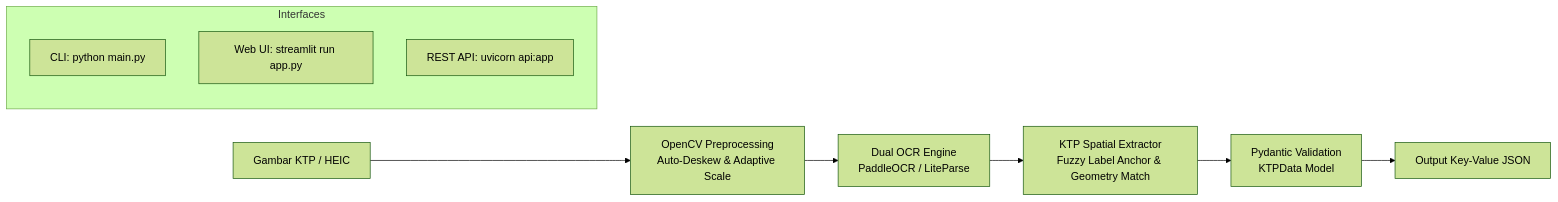
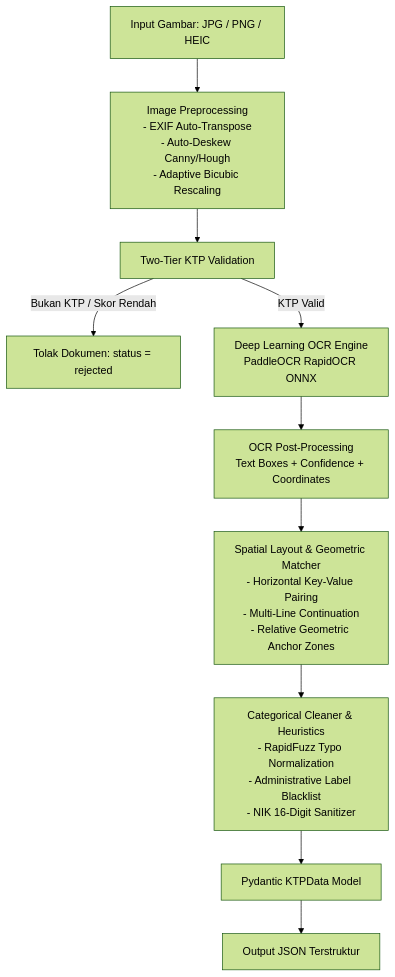
Before and after one commit to putrafir/ktp-ocr-extractor: the diagram in README.md, drawn with Mermaid (forest theme). The commit also changed other lines of this file and 9 other files, not shown here.

Commit message:
remove LiteParse OCR engine and standardize exclusively on PaddleOCR ONNX Runtime

````diff
--- a/README.md
+++ b/README.md
@@ -15,14 +39,27 @@
 ```mermaid
-flowchart LR
-    A[Gambar KTP / HEIC] --> B[OpenCV Preprocessing\nAuto-Deskew & Adaptive Scale]
-    B --> C[Dual OCR Engine\nPaddleOCR / LiteParse]
-    C --> D[KTP Spatial Extractor\nFuzzy Label Anchor & Geometry Match]
-    D --> E[Pydantic Validation\nKTPData Model]
-    E --> F[Output Key-Value JSON]
+flowchart TD
+    A[Input Gambar: JPG / PNG / HEIC] --> B[Image Preprocessing
+- EXIF Auto-Transpose
+- Auto-Deskew Canny/Hough
+- Adaptive Bicubic Rescaling]
+    B --> C[Two-Tier KTP Validation]
     
-    subgraph Interfaces
-        G[CLI: python main.py]
-        H[Web UI: streamlit run app.py]
-        I[REST API: uvicorn api:app]
-    end
+    C -->|Bukan KTP / Skor Rendah| R[Tolak Dokumen: status = rejected]
+    C -->|KTP Valid| D[Deep Learning OCR Engine
+PaddleOCR RapidOCR ONNX]
+    
+    D --> E[OCR Post-Processing
+Text Boxes + Confidence + Coordinates]
+    E --> F[Spatial Layout & Geometric Matcher
+- Horizontal Key-Value Pairing
+- Multi-Line Continuation
+- Relative Geometric Anchor Zones]
+    
+    F --> G[Categorical Cleaner & Heuristics
+- RapidFuzz Typo Normalization
+- Administrative Label Blacklist
+- NIK 16-Digit Sanitizer]
+    
+    G --> H[Pydantic KTPData Model]
+    H --> I[Output JSON Terstruktur]
 ```
````
